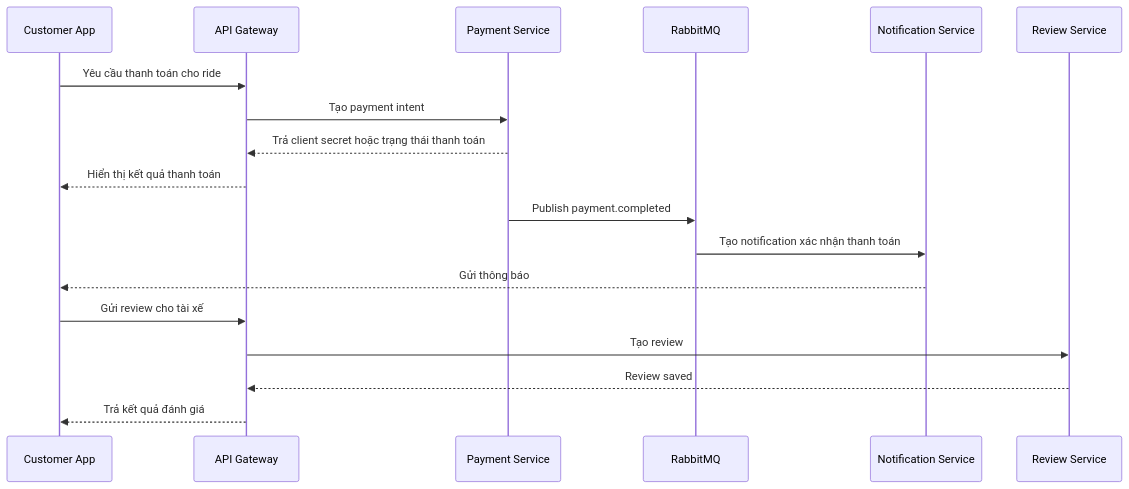
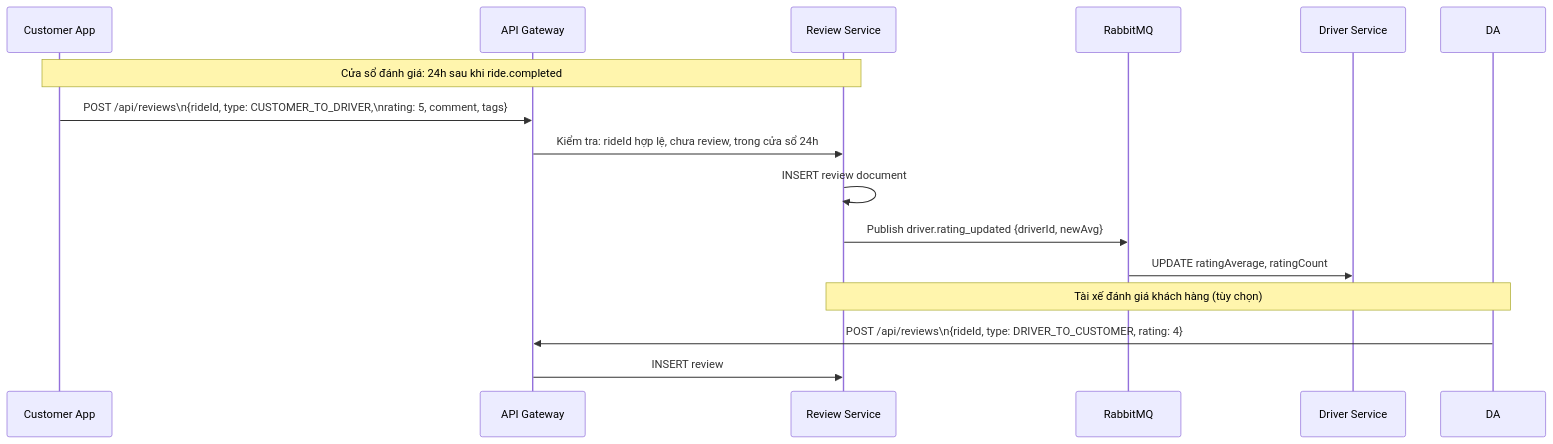
Before and after one commit to foxxiee04/Cab-Booking-System-Project: diagram 12 of 13 in README.md, drawn with Mermaid. The commit also changed other lines of this file and 97 other files, not shown here.

````diff
--- a/README.md
+++ b/README.md
@@ -302,23 +751,20 @@
 ```mermaid
 sequenceDiagram
-    participant C as Customer App
+    participant CA as Customer App
     participant G as API Gateway
-    participant Pay as Payment Service
+    participant Rev as Review Service
     participant MQ as RabbitMQ
-    participant N as Notification Service
-    participant Rev as Review Service
+    participant DriverSvc as Driver Service
 
-    C->>G: Yêu cầu thanh toán cho ride
-    G->>Pay: Tạo payment intent
-    Pay-->>G: Trả client secret hoặc trạng thái thanh toán
-    G-->>C: Hiển thị kết quả thanh toán
+    Note over CA,Rev: Cửa sổ đánh giá: 24h sau khi ride.completed
 
-    Pay->>MQ: Publish payment.completed
-    MQ->>N: Tạo notification xác nhận thanh toán
-    N-->>C: Gửi thông báo
+    CA->>G: POST /api/reviews\n{rideId, type: CUSTOMER_TO_DRIVER,\nrating: 5, comment, tags}
+    G->>Rev: Kiểm tra: rideId hợp lệ, chưa review, trong cửa sổ 24h
+    Rev->>Rev: INSERT review document
+    Rev->>MQ: Publish driver.rating_updated {driverId, newAvg}
+    MQ->>DriverSvc: UPDATE ratingAverage, ratingCount
 
-    C->>G: Gửi review cho tài xế
-    G->>Rev: Tạo review
-    Rev-->>G: Review saved
-    G-->>C: Trả kết quả đánh giá
+    Note over DA,Rev: Tài xế đánh giá khách hàng (tùy chọn)
+    DA->>G: POST /api/reviews\n{rideId, type: DRIVER_TO_CUSTOMER, rating: 4}
+    G->>Rev: INSERT review
 ```
````
